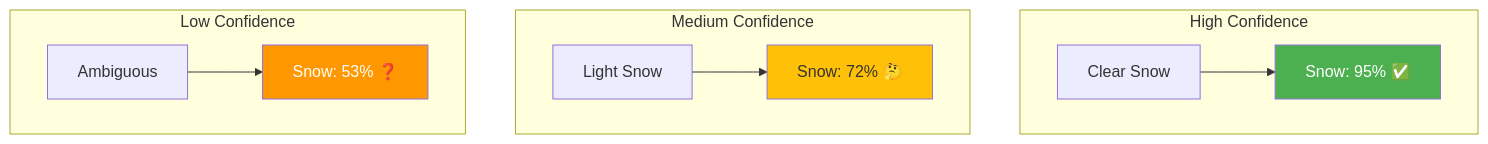
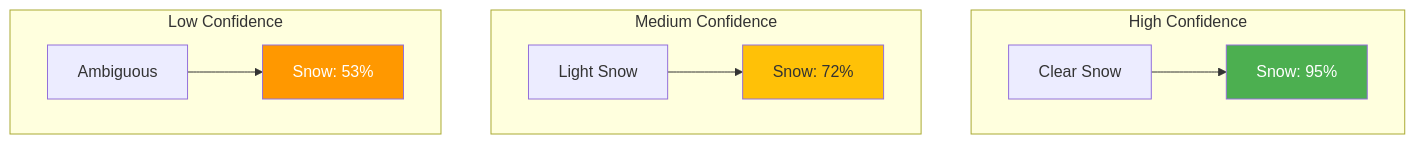
The seventh of 19 diagrams in docs/workflow_prediction.md (SITES-spectral/phenocai), drawn with Mermaid before and after one commit. The commit also changed other lines of this file and 22 other files, not shown here.

````diff
--- a/docs/workflow_prediction.md
+++ b/docs/workflow_prediction.md
@@ -120,18 +120,18 @@
 ```mermaid
 graph TD
     subgraph High Confidence
-        A[Clear Snow] --> B[Snow: 95% ✅]
+        A[Clear Snow] --> B[Snow: 95%]
     end
     
     subgraph Medium Confidence
-        C[Light Snow] --> D[Snow: 72% 🤔]
+        C[Light Snow] --> D[Snow: 72%]
     end
     
     subgraph Low Confidence
-        E[Ambiguous] --> F[Snow: 53% ❓]
+        E[Ambiguous] --> F[Snow: 53%]
     end
     
     style B fill:#4caf50,color:#fff
     style D fill:#ffc107
     style F fill:#ff9800,color:#fff
 ```
````
